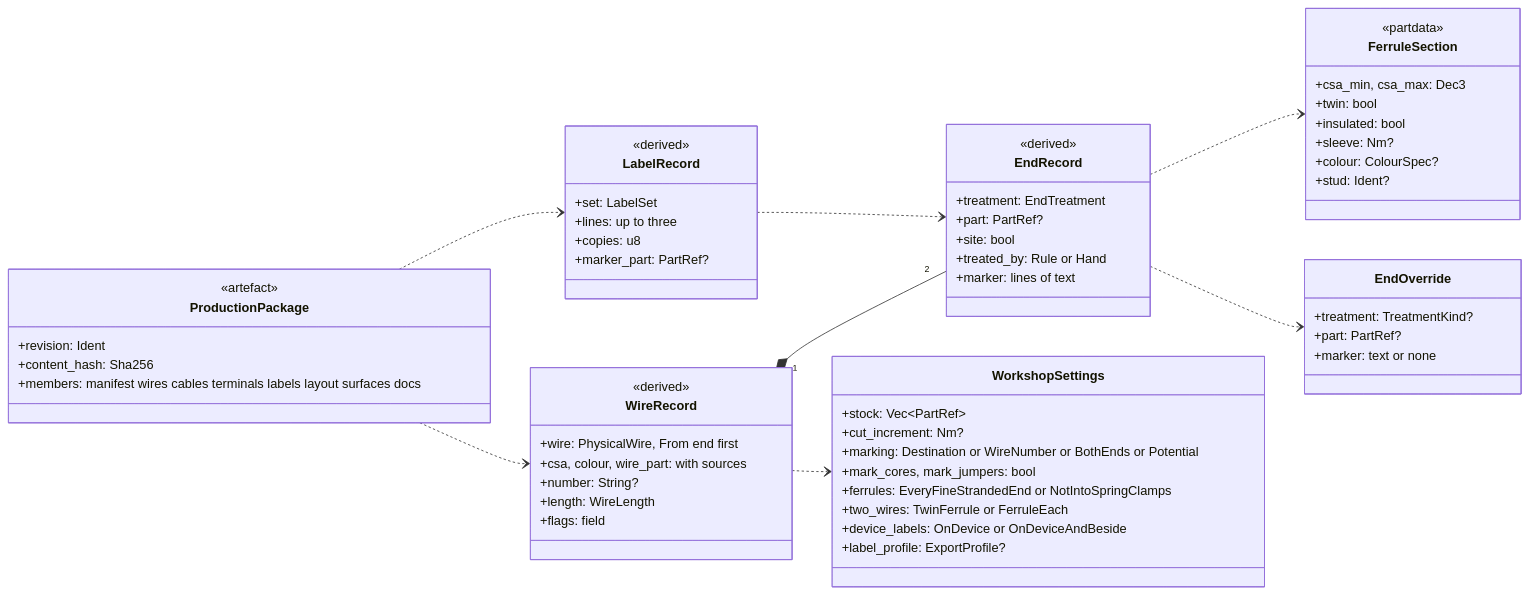
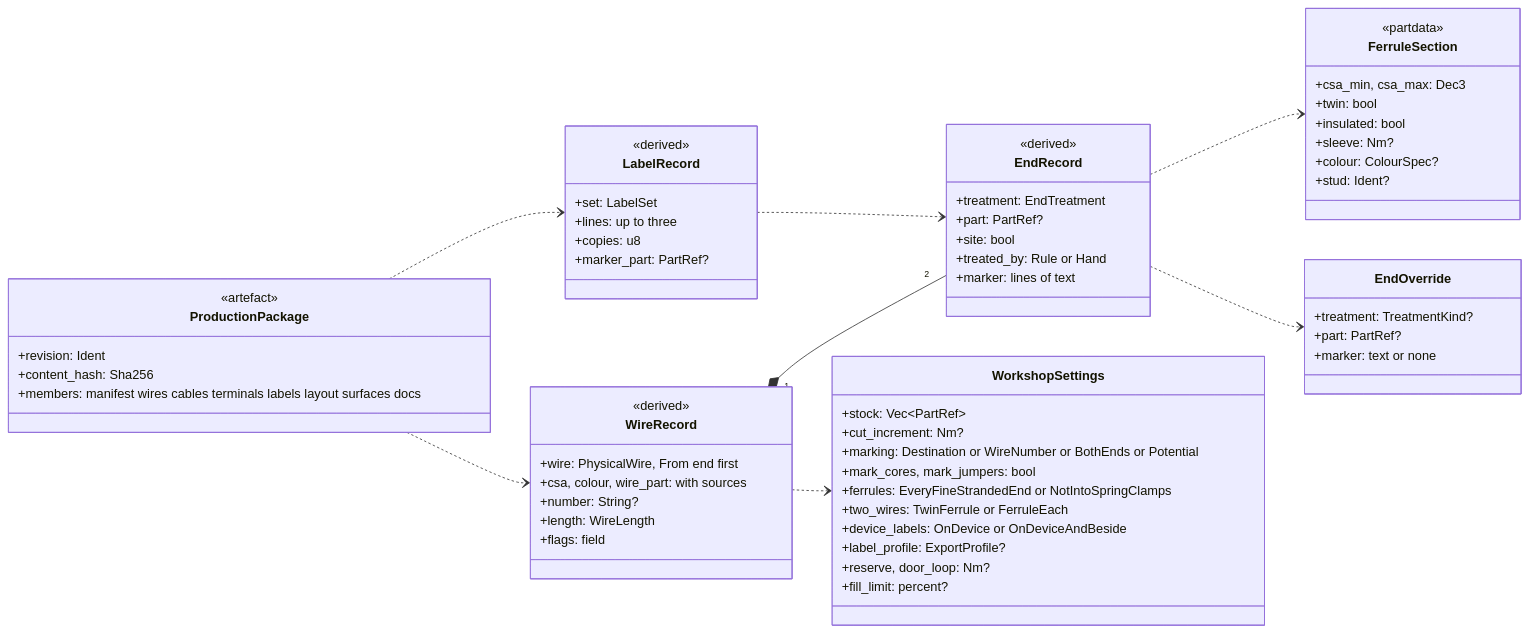
One commit to Ironkode787/ElektraWatt changed the fifth of 7 diagrams in docs/design/03-areas.md. Above: the diagram before and after it, drawn with Mermaid. The commit also changed other lines of this file and 11 other files, not shown here.

````diff
--- a/docs/design/03-areas.md
+++ b/docs/design/03-areas.md
@@ -393,64 +386,66 @@
 ```mermaid
 classDiagram
   direction LR
   class WireRecord {
     <<derived>>
     +wire: PhysicalWire, From end first
     +csa, colour, wire_part: with sources
     +number: String?
     +length: WireLength
     +flags: field
   }
   class EndRecord {
     <<derived>>
     +treatment: EndTreatment
     +part: PartRef?
     +site: bool
     +treated_by: Rule or Hand
     +marker: lines of text
   }
   class EndOverride {
     +treatment: TreatmentKind?
     +part: PartRef?
     +marker: text or none
   }
   class FerruleSection {
     <<partdata>>
     +csa_min, csa_max: Dec3
     +twin: bool
     +insulated: bool
     +sleeve: Nm?
     +colour: ColourSpec?
     +stud: Ident?
   }
   class WorkshopSettings {
     +stock: Vec~PartRef~
     +cut_increment: Nm?
     +marking: Destination or WireNumber or BothEnds or Potential
     +mark_cores, mark_jumpers: bool
     +ferrules: EveryFineStrandedEnd or NotIntoSpringClamps
     +two_wires: TwinFerrule or FerruleEach
     +device_labels: OnDevice or OnDeviceAndBeside
     +label_profile: ExportProfile?
+    +reserve, door_loop: Nm?
+    +fill_limit: percent?
   }
   class LabelRecord {
     <<derived>>
     +set: LabelSet
     +lines: up to three
     +copies: u8
     +marker_part: PartRef?
   }
   class ProductionPackage {
     <<artefact>>
     +revision: Ident
     +content_hash: Sha256
     +members: manifest wires cables terminals labels layout surfaces docs
   }
   WireRecord "1" *-- "2" EndRecord
   EndRecord ..> FerruleSection
   EndRecord ..> EndOverride
   WireRecord ..> WorkshopSettings
   LabelRecord ..> EndRecord
   ProductionPackage ..> WireRecord
   ProductionPackage ..> LabelRecord
 ```
````
